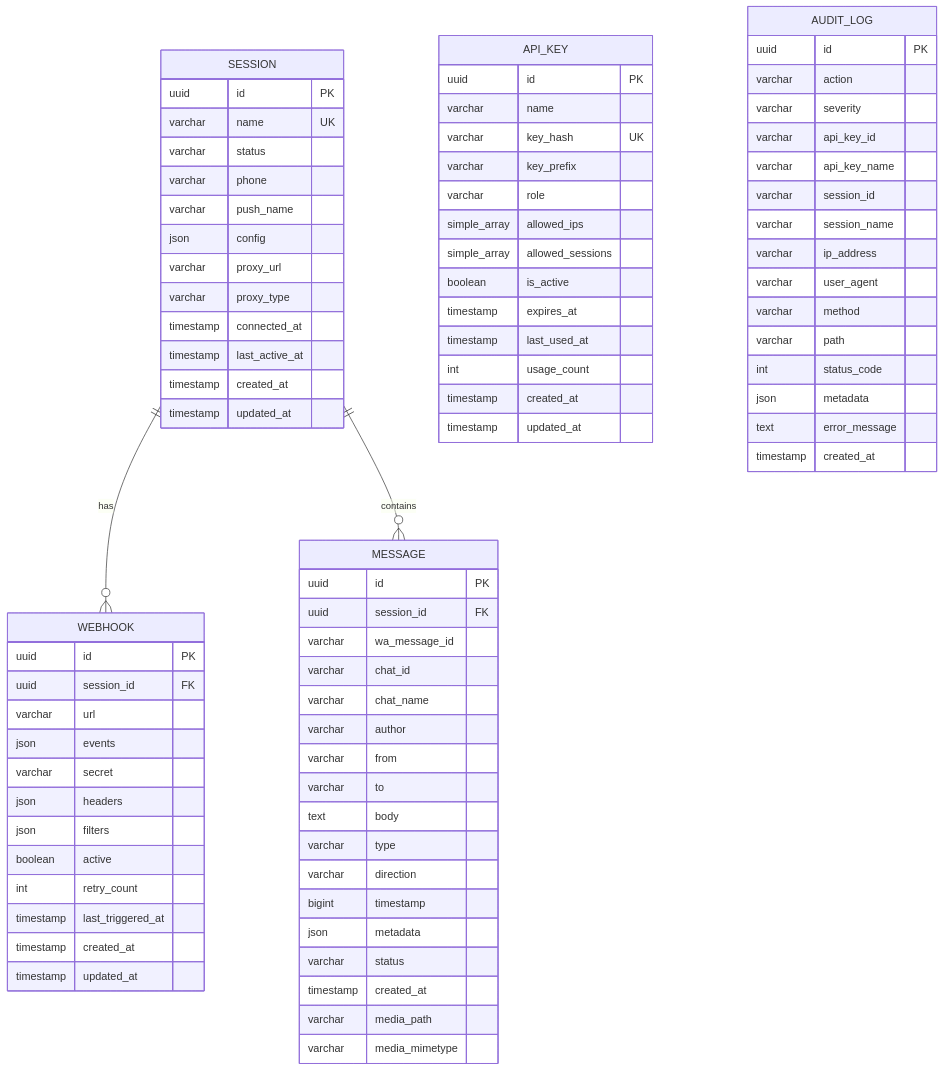
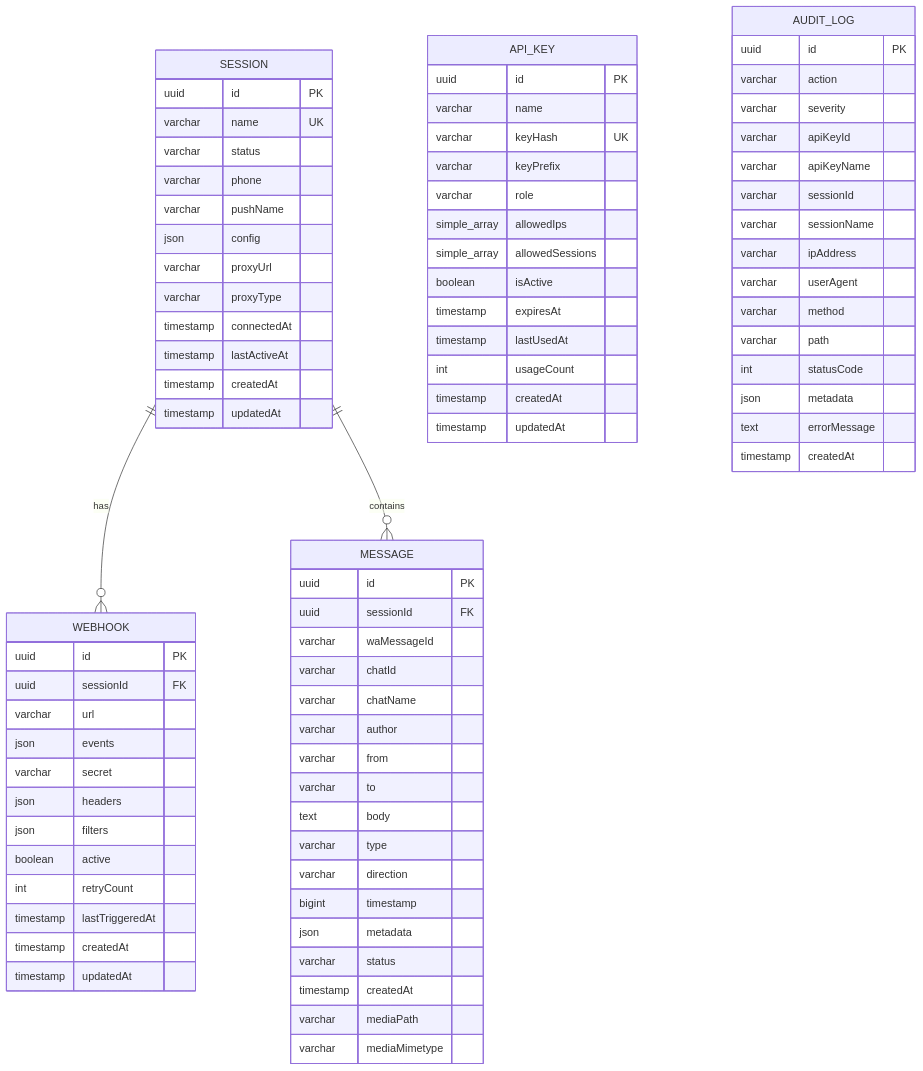
Before and after one commit to nourayman21k/OpenWA: the first of 5 diagrams in docs/05-database-design.md, drawn with Mermaid. The commit also changed other lines of this file and 2 other files, not shown here.

````diff
--- a/docs/05-database-design.md
+++ b/docs/05-database-design.md
@@ -177,37 +177,37 @@
         varchar name UK
         varchar status
         varchar phone
-        varchar push_name
+        varchar pushName
         json config
-        varchar proxy_url
-        varchar proxy_type
-        timestamp connected_at
-        timestamp last_active_at
-        timestamp created_at
-        timestamp updated_at
+        varchar proxyUrl
+        varchar proxyType
+        timestamp connectedAt
+        timestamp lastActiveAt
+        timestamp createdAt
+        timestamp updatedAt
     }
 
     WEBHOOK {
         uuid id PK
-        uuid session_id FK
+        uuid sessionId FK
         varchar url
         json events
         varchar secret
         json headers
         json filters
         boolean active
-        int retry_count
-        timestamp last_triggered_at
-        timestamp created_at
-        timestamp updated_at
+        int retryCount
+        timestamp lastTriggeredAt
+        timestamp createdAt
+        timestamp updatedAt
     }
 
     MESSAGE {
         uuid id PK
-        uuid session_id FK
-        varchar wa_message_id
-        varchar chat_id
-        varchar chat_name
+        uuid sessionId FK
+        varchar waMessageId
+        varchar chatId
+        varchar chatName
         varchar author
         varchar from
         varchar to
@@ -217,42 +217,42 @@
         bigint timestamp
         json metadata
         varchar status
-        timestamp created_at
-        varchar media_path
-        varchar media_mimetype
+        timestamp createdAt
+        varchar mediaPath
+        varchar mediaMimetype
     }
 
     API_KEY {
         uuid id PK
         varchar name
-        varchar key_hash UK
-        varchar key_prefix
+        varchar keyHash UK
+        varchar keyPrefix
         varchar role
-        simple_array allowed_ips
-        simple_array allowed_sessions
-        boolean is_active
-        timestamp expires_at
-        timestamp last_used_at
-        int usage_count
-        timestamp created_at
-        timestamp updated_at
+        simple_array allowedIps
+        simple_array allowedSessions
+        boolean isActive
+        timestamp expiresAt
+        timestamp lastUsedAt
+        int usageCount
+        timestamp createdAt
+        timestamp updatedAt
     }
 
     AUDIT_LOG {
         uuid id PK
         varchar action
         varchar severity
-        varchar api_key_id
-        varchar api_key_name
-        varchar session_id
-        varchar session_name
-        varchar ip_address
-        varchar user_agent
+        varchar apiKeyId
+        varchar apiKeyName
+        varchar sessionId
+        varchar sessionName
+        varchar ipAddress
+        varchar userAgent
         varchar method
         varchar path
-        int status_code
+        int statusCode
         json metadata
-        text error_message
-        timestamp created_at
+        text errorMessage
+        timestamp createdAt
     }
 ```
````
